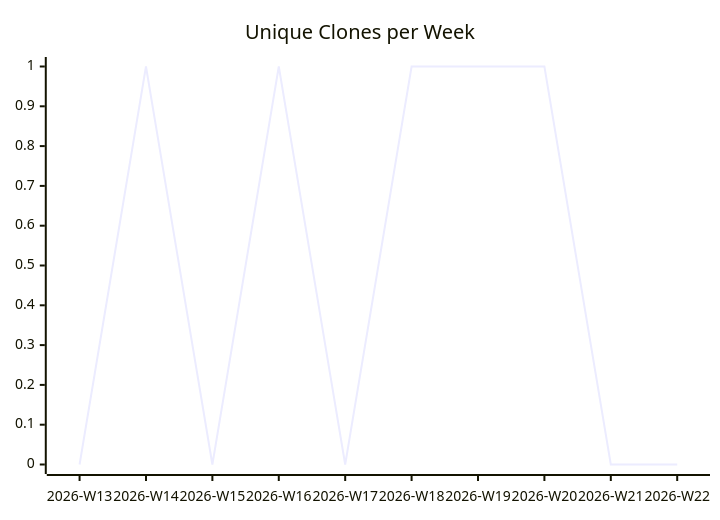
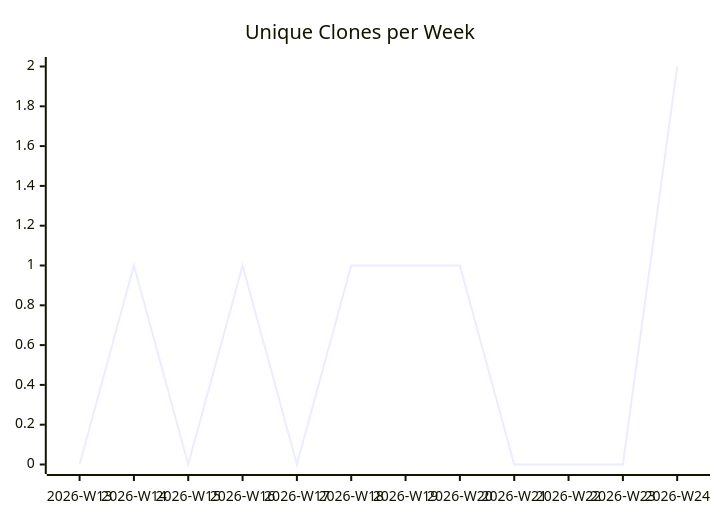
One commit to justdavis-family/github-analytics-data changed the third of 3 diagrams in karlmdavis/ansible-role-ldap/README.md. Above: the diagram before and after it, drawn with Mermaid. The commit also changed other lines of this file and 195 other files, not shown here.

````diff
--- a/karlmdavis/ansible-role-ldap/README.md
+++ b/karlmdavis/ansible-role-ldap/README.md
@@ -19,6 +19,6 @@
 ```mermaid
 xychart-beta
   title "Unique Clones per Week"
-  x-axis ["2026-W13", "2026-W14", "2026-W15", "2026-W16", "2026-W17", "2026-W18", "2026-W19", "2026-W20", "2026-W21", "2026-W22"]
-  line [0, 1, 0, 1, 0, 1, 1, 1, 0, 0]
+  x-axis ["2026-W13", "2026-W14", "2026-W15", "2026-W16", "2026-W17", "2026-W18", "2026-W19", "2026-W20", "2026-W21", "2026-W22", "2026-W23", "2026-W24"]
+  line [0, 1, 0, 1, 0, 1, 1, 1, 0, 0, 0, 2]
 ```
````
